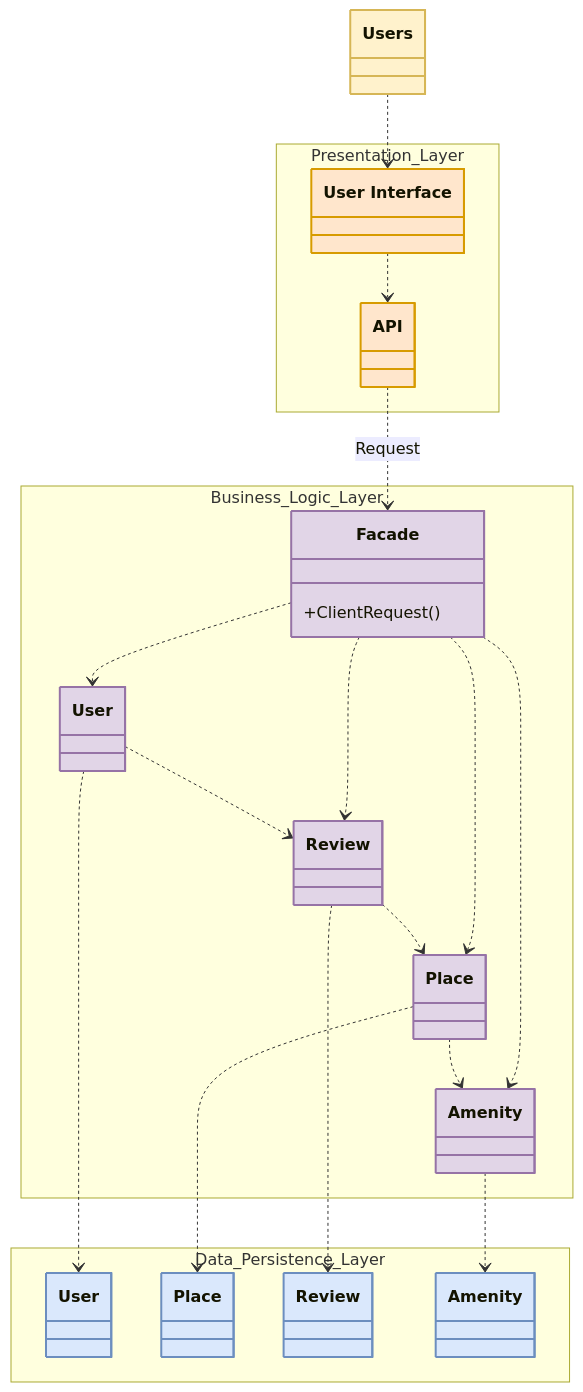
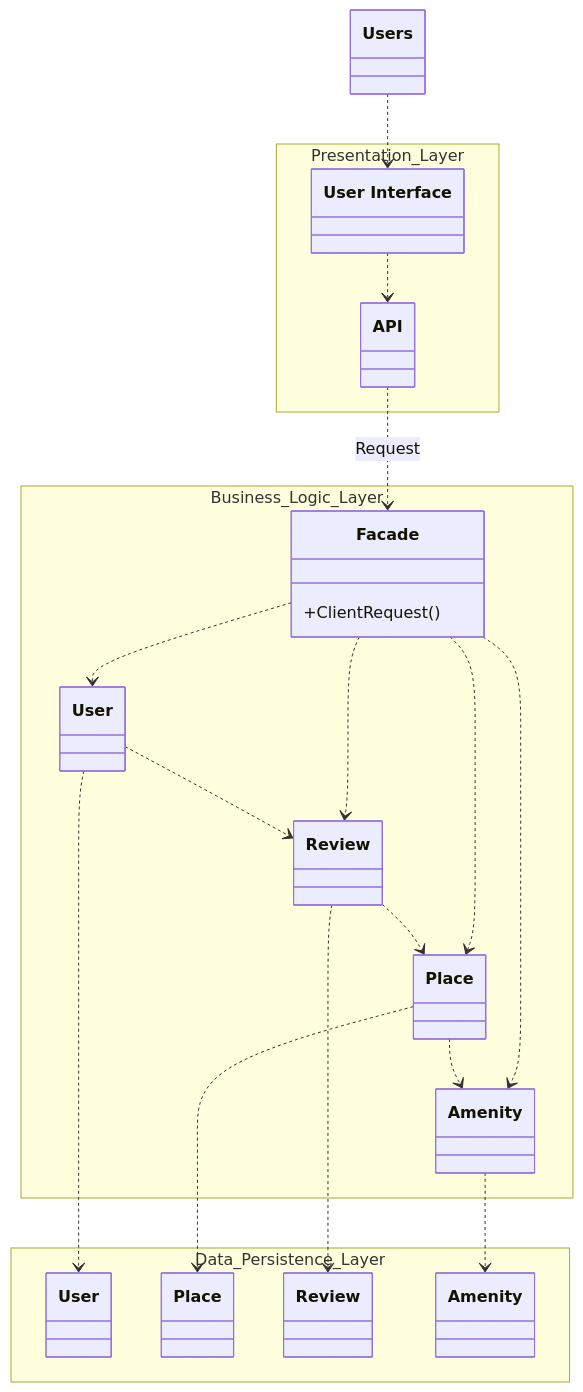
Before and after one commit to OWNALGARNI/holbertonschool-hbnb: the diagram in part1/diagrams/00_high_level_package.mmd, drawn with Mermaid. The commit also changed 7 other files, not shown here.

Commit message:
Reset part1 UML diagrams with merged sequence diagram

```diff
--- a/part1/diagrams/00_high_level_package.mmd
+++ b/part1/diagrams/00_high_level_package.mmd
@@ -1,60 +1,44 @@
 classDiagram
     direction TB
 
     class Users["Users"]
 
     namespace Presentation_Layer {
         class UserInterface["User Interface"]
         class API["API"]
     }
 
     namespace Business_Logic_Layer {
         class Facade {
             +ClientRequest()
         }
         class User_Biz["User"]
         class Review_Biz["Review"]
         class Place_Biz["Place"]
         class Amenity_Biz["Amenity"]
     }
 
     namespace Data_Persistence_Layer {
         class User_DB["User"]
         class Place_DB["Place"]
         class Review_DB["Review"]
         class Amenity_DB["Amenity"]
     }
 
     Users ..> UserInterface
     UserInterface ..> API
     API ..> Facade : Request
 
     Facade ..> User_Biz
     Facade ..> Review_Biz
     Facade ..> Place_Biz
     Facade ..> Amenity_Biz
 
     User_Biz ..> Review_Biz
     Review_Biz ..> Place_Biz
     Place_Biz ..> Amenity_Biz
 
     User_Biz ..> User_DB
     Place_Biz ..> Place_DB
     Review_Biz ..> Review_DB
     Amenity_Biz ..> Amenity_DB
-
-    style Users fill:#fff2cc,stroke:#d6b656,stroke-width:2px
-
-    style UserInterface fill:#ffe6cc,stroke:#d79b00,stroke-width:2px
-    style API fill:#ffe6cc,stroke:#d79b00,stroke-width:2px
-
-    style Facade fill:#e1d5e7,stroke:#9673a6,stroke-width:2px
-    style User_Biz fill:#e1d5e7,stroke:#9673a6,stroke-width:2px
-    style Review_Biz fill:#e1d5e7,stroke:#9673a6,stroke-width:2px
-    style Place_Biz fill:#e1d5e7,stroke:#9673a6,stroke-width:2px
-    style Amenity_Biz fill:#e1d5e7,stroke:#9673a6,stroke-width:2px
-
-    style User_DB fill:#dae8fc,stroke:#6c8ebf,stroke-width:2px
-    style Place_DB fill:#dae8fc,stroke:#6c8ebf,stroke-width:2px
-    style Review_DB fill:#dae8fc,stroke:#6c8ebf,stroke-width:2px
-    style Amenity_DB fill:#dae8fc,stroke:#6c8ebf,stroke-width:2px
```
